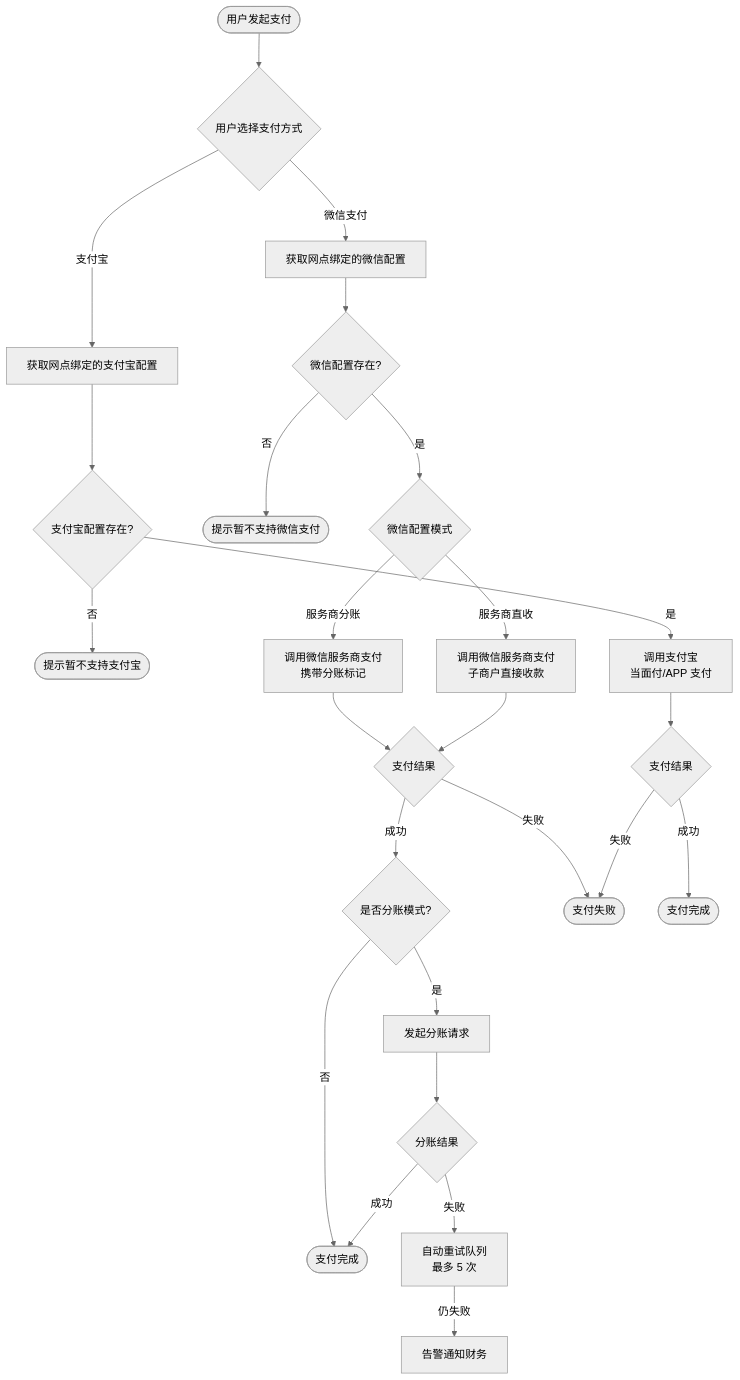
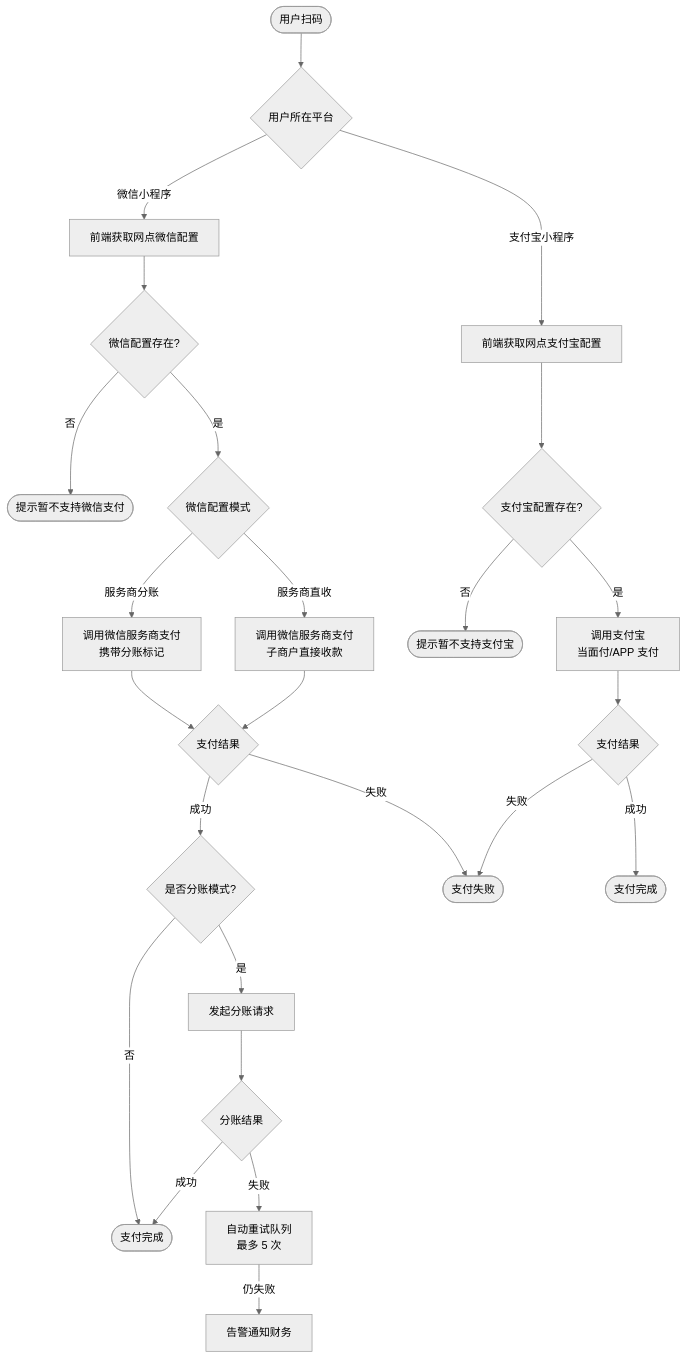
Before and after one commit to MarkTina/VitepressPRD: the second of 4 diagrams in docs/versions/v1.1.0/06-flows.md, drawn with Mermaid (neutral theme). The commit also changed other lines of this file and 7 other files, not shown here.

````diff
--- a/docs/versions/v1.1.0/06-flows.md
+++ b/docs/versions/v1.1.0/06-flows.md
@@ -43,35 +43,35 @@
 ```mermaid
 graph TD
-    Start([用户发起支付]) --> UserChoice{用户选择支付方式}
+    Start([用户扫码]) --> Platform{用户所在平台}
 
-    UserChoice -->|微信支付| GetWxConfig[获取网点绑定的微信配置]
-    UserChoice -->|支付宝| GetAliConfig[获取网点绑定的支付宝配置]
+    Platform -->|微信小程序| WxFetch[前端获取网点微信配置]
+    Platform -->|支付宝小程序| AliFetch[前端获取网点支付宝配置]
 
-    GetAliConfig --> AliCheck{支付宝配置存在?}
-    AliCheck -->|否| PayFail([提示暂不支持支付宝])
-    AliCheck -->|是| AliPay[调用支付宝<br/>当面付/APP 支付]
-
-    GetWxConfig --> WxCheck{微信配置存在?}
-    WxCheck -->|否| PayFailWx([提示暂不支持微信支付])
+    WxFetch --> WxCheck{微信配置存在?}
+    WxCheck -->|否| WxFail([提示暂不支持微信支付])
     WxCheck -->|是| WxModeSwitch{微信配置模式}
 
     WxModeSwitch -->|服务商分账| WxSplitPay[调用微信服务商支付<br/>携带分账标记]
     WxModeSwitch -->|服务商直收| WxDirectPay[调用微信服务商支付<br/>子商户直接收款]
+
+    AliFetch --> AliCheck{支付宝配置存在?}
+    AliCheck -->|否| AliFail([提示暂不支持支付宝])
+    AliCheck -->|是| AliPay[调用支付宝<br/>当面付/APP 支付]
 
     WxSplitPay --> PayResult{支付结果}
     WxDirectPay --> PayResult
     AliPay --> AliPayResult{支付结果}
 
     PayResult -->|成功| ProfitCheck{是否分账模式?}
     PayResult -->|失败| FailEnd([支付失败])
     AliPayResult -->|成功| SuccessEndAli([支付完成])
     AliPayResult -->|失败| FailEnd
 
     ProfitCheck -->|是| DoSplit[发起分账请求]
     ProfitCheck -->|否| SuccessEnd([支付完成])
 
     DoSplit --> SplitResult{分账结果}
     SplitResult -->|成功| SuccessEnd
     SplitResult -->|失败| RetrySplit[自动重试队列<br/>最多 5 次]
     RetrySplit -->|仍失败| Alert[告警通知财务]
 ```
````
